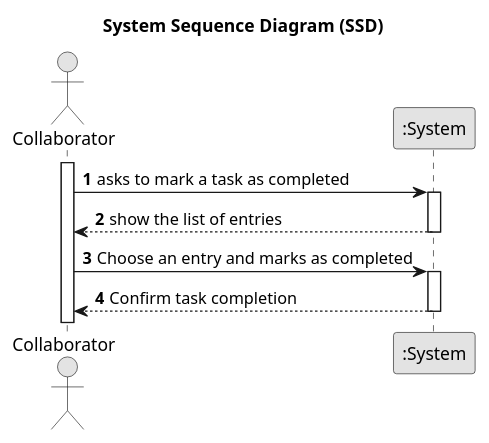
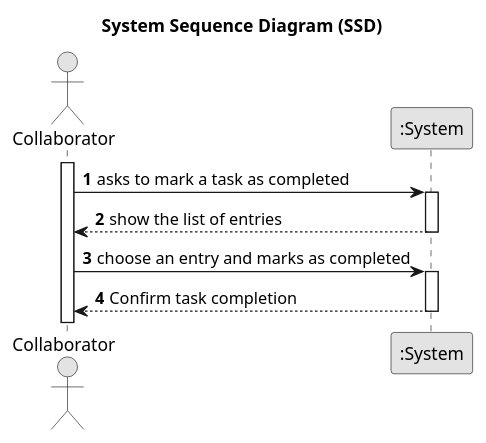
One commit to Departamento-de-Engenharia-Informatica/lei-24-s2-1do-g164 changed the diagram in docs/sprintC/us029/01.requirements-engineering/puml/us008-system-sequence-diagram.puml. Above: the diagram before and after it, drawn with PlantUML.

Commit message:
Update us008-system-sequence-diagram.puml
US029(docs): small changes

```diff
--- a/docs/sprintC/us029/01.requirements-engineering/puml/us008-system-sequence-diagram.puml
+++ b/docs/sprintC/us029/01.requirements-engineering/puml/us008-system-sequence-diagram.puml
@@ -1,28 +1,28 @@
 @startuml
 skinparam monochrome true
 skinparam packageStyle rectangle
 skinparam shadowing false
 
 title System Sequence Diagram (SSD)
 
 autonumber
 
 actor "Collaborator" as Employee
 participant ":System" as System
 
 activate Employee
 
     Employee -> System : asks to mark a task as completed
     activate System
 
         System --> Employee : show the list of entries
     deactivate System
 
-        Employee -> System : Choose an entry and marks as completed 
+        Employee -> System : choose an entry and marks as completed
         activate System
 
             System --> Employee :Confirm task completion
         deactivate System
 
 
 @enduml
```
